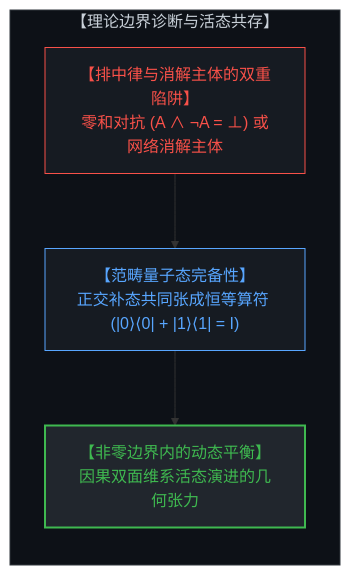
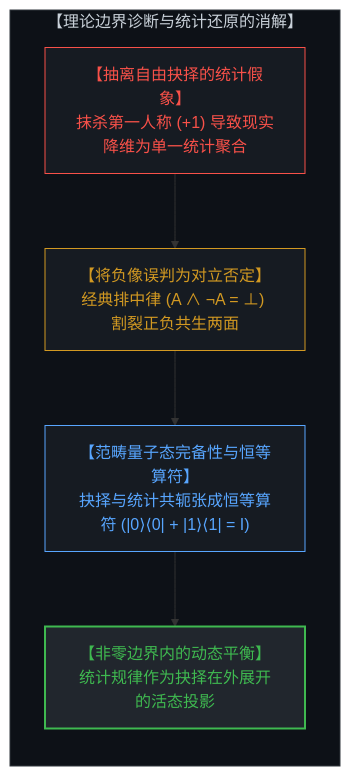
Before and after one commit to powerpig99/not-a-toe: the fourth of 6 diagrams in content/posts/the-geometry-of-coexistence-and-the-dual-cut.md, drawn with Mermaid. The commit also changed other lines of this file and 3 other files, not shown here.

Commit message:
Integrate statistical aggregation diagnosis vs freedom of choice into Post 312

````diff
--- a/content/posts/the-geometry-of-coexistence-and-the-dual-cut.md
+++ b/content/posts/the-geometry-of-coexistence-and-the-dual-cut.md
@@ -116,15 +122,18 @@
 ```mermaid
 graph TD
-    subgraph TheoreticalDiagnosis["【理论边界诊断与活态共存】"]
+    subgraph TheoreticalDiagnosis["【理论边界诊断与统计还原的消解】"]
         direction TB
-        BooleanStructuralTrap["【排中律与消解主体的双重陷阱】<br>零和对抗 (A ∧ ¬A = ⊥) 或网络消解主体"]
-        QuantumResolution["【范畴量子态完备性】<br>正交补态共同张成恒等算符 (|0⟩⟨0| + |1⟩⟨1| = I)"]
-        NonZeroBoundary["【非零边界内的动态平衡】<br>因果双面维系活态演进的几何张力"]
-        BooleanStructuralTrap --> QuantumResolution
+        StatisticalTrap["【抽离自由抉择的统计假象】<br>抹杀第一人称 (+1) 导致现实降维为单一统计聚合"]
+        NegationIllusion["【将负像误判为对立否定】<br>经典排中律 (A ∧ ¬A = ⊥) 割裂正负共生两面"]
+        QuantumResolution["【范畴量子态完备性与恒等算符】<br>抉择与统计共轭张成恒等算符 (|0⟩⟨0| + |1⟩⟨1| = I)"]
+        NonZeroBoundary["【非零边界内的动态平衡】<br>统计规律作为抉择在外展开的活态投影"]
+        StatisticalTrap --> NegationIllusion
+        NegationIllusion --> QuantumResolution
         QuantumResolution --> NonZeroBoundary
     end
     style TheoreticalDiagnosis fill:#0d1117,stroke:#30363d,stroke-width:1px,color:#c9d1d9
-    style BooleanStructuralTrap fill:#161b22,stroke:#f85149,stroke-width:1px,color:#f85149
+    style StatisticalTrap fill:#161b22,stroke:#f85149,stroke-width:1px,color:#f85149
+    style NegationIllusion fill:#161b22,stroke:#d29922,stroke-width:1px,color:#d29922
     style QuantumResolution fill:#161b22,stroke:#58a6ff,stroke-width:1px,color:#58a6ff
     style NonZeroBoundary fill:#21262d,stroke:#3fb950,stroke-width:2px,color:#3fb950
 ```
````
